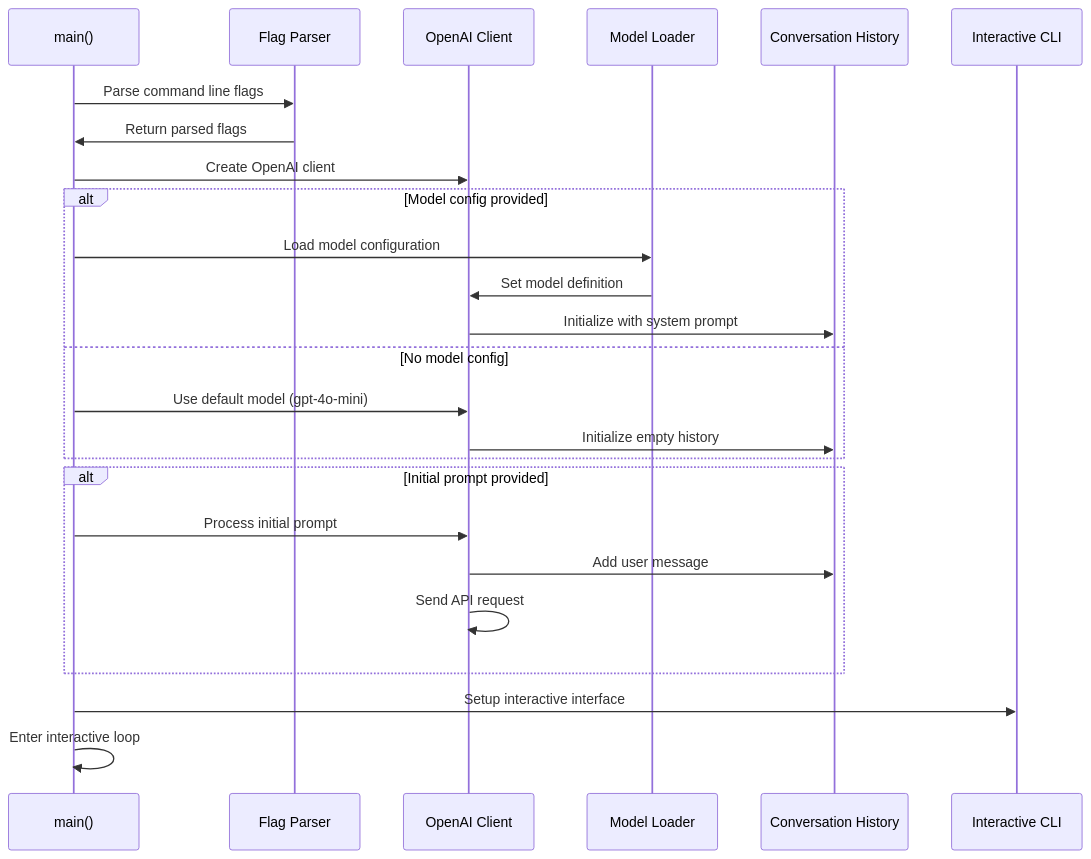
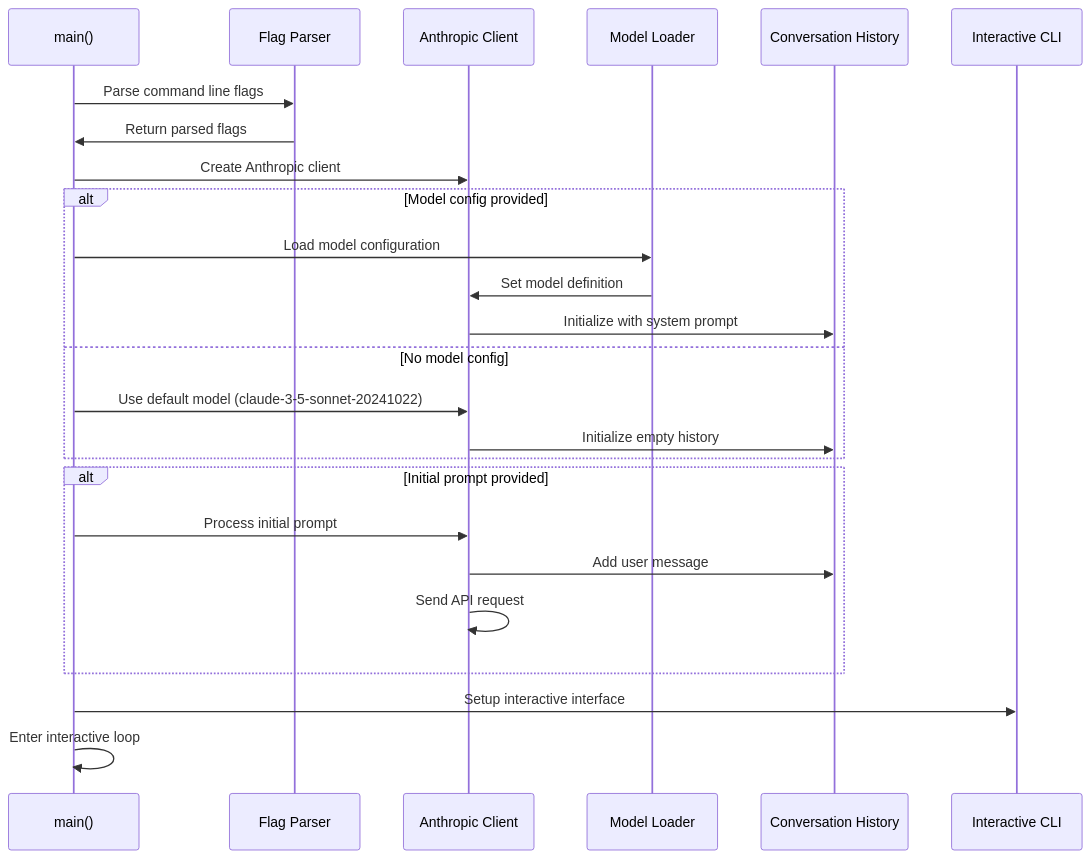
Before and after one commit to gherlein/client-w-mcp: the third of 18 diagrams in client/README.md, drawn with Mermaid. The commit also changed other lines of this file and 2 other files, not shown here.

````diff
--- a/client/README.md
+++ b/client/README.md
@@ -178,31 +178,31 @@
 ```mermaid
 sequenceDiagram
     participant Main as main()
     participant Flags as Flag Parser
-    participant Client as OpenAI Client
+    participant Client as Anthropic Client
     participant Model as Model Loader
     participant History as Conversation History
     participant Readline as Interactive CLI
 
     Main->>Flags: Parse command line flags
     Flags->>Main: Return parsed flags
-    Main->>Client: Create OpenAI client
+    Main->>Client: Create Anthropic client
     
     alt Model config provided
         Main->>Model: Load model configuration
         Model->>Client: Set model definition
         Client->>History: Initialize with system prompt
     else No model config
-        Main->>Client: Use default model (gpt-4o-mini)
+        Main->>Client: Use default model (claude-3-5-sonnet-20241022)
         Client->>History: Initialize empty history
     end
     
     alt Initial prompt provided
         Main->>Client: Process initial prompt
         Client->>History: Add user message
         Client->>Client: Send API request
     end
     
     Main->>Readline: Setup interactive interface
     Main->>Main: Enter interactive loop
 ```
````
